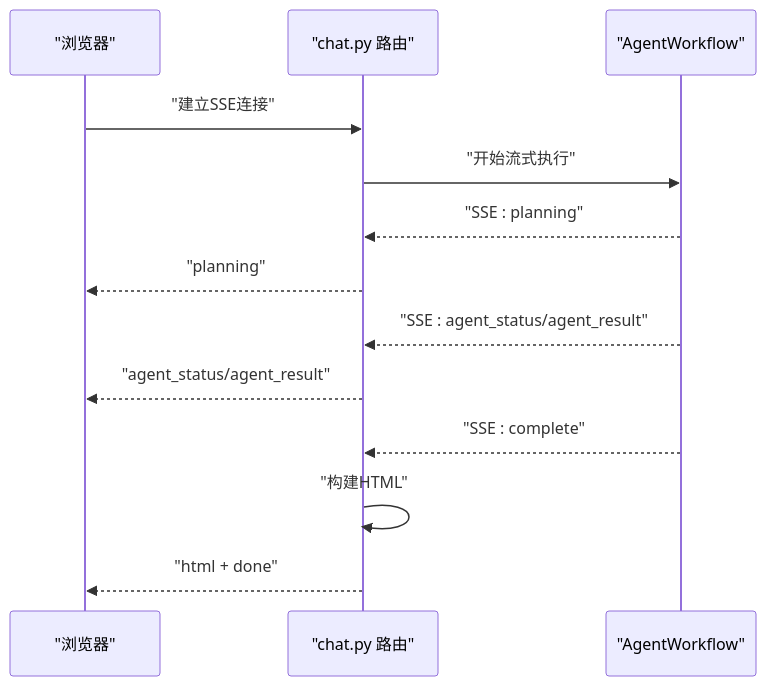
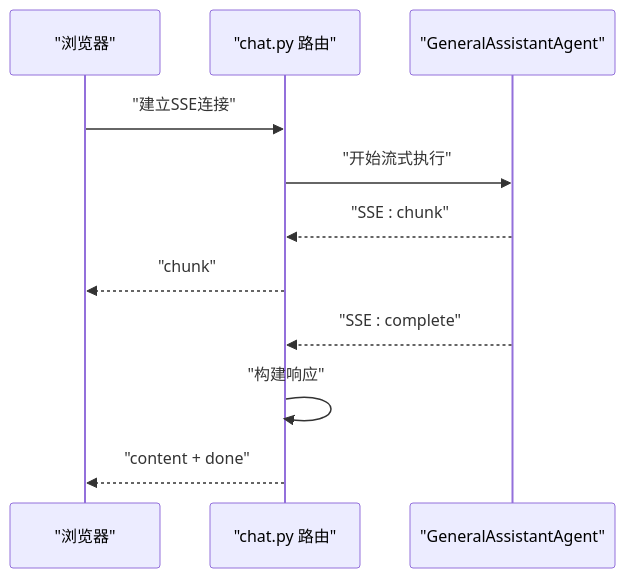
The fifth of 7 diagrams in .qoder/repowiki/zh/content/核心功能模块/AI代理系统/代理工作流编排.md (iammm0/advanced-rag), drawn with Mermaid before and after one commit. The commit also changed other lines of this file and 12 other files, not shown here.

````diff
--- a/.qoder/repowiki/zh/content/核心功能模块/AI代理系统/代理工作流编排.md
+++ b/.qoder/repowiki/zh/content/核心功能模块/AI代理系统/代理工作流编排.md
@@ -286,15 +212,13 @@
 ```mermaid
 sequenceDiagram
 participant Client as "浏览器"
 participant Router as "chat.py 路由"
-participant WF as "AgentWorkflow"
+participant GA as "GeneralAssistantAgent"
 Client->>Router : "建立SSE连接"
-Router->>WF : "开始流式执行"
-WF-->>Router : "SSE : planning"
-Router-->>Client : "planning"
-WF-->>Router : "SSE : agent_status/agent_result"
-Router-->>Client : "agent_status/agent_result"
-WF-->>Router : "SSE : complete"
-Router->>Router : "构建HTML"
-Router-->>Client : "html + done"
+Router->>GA : "开始流式执行"
+GA-->>Router : "SSE : chunk"
+Router-->>Client : "chunk"
+GA-->>Router : "SSE : complete"
+Router->>Router : "构建响应"
+Router-->>Client : "content + done"
 ```
````
